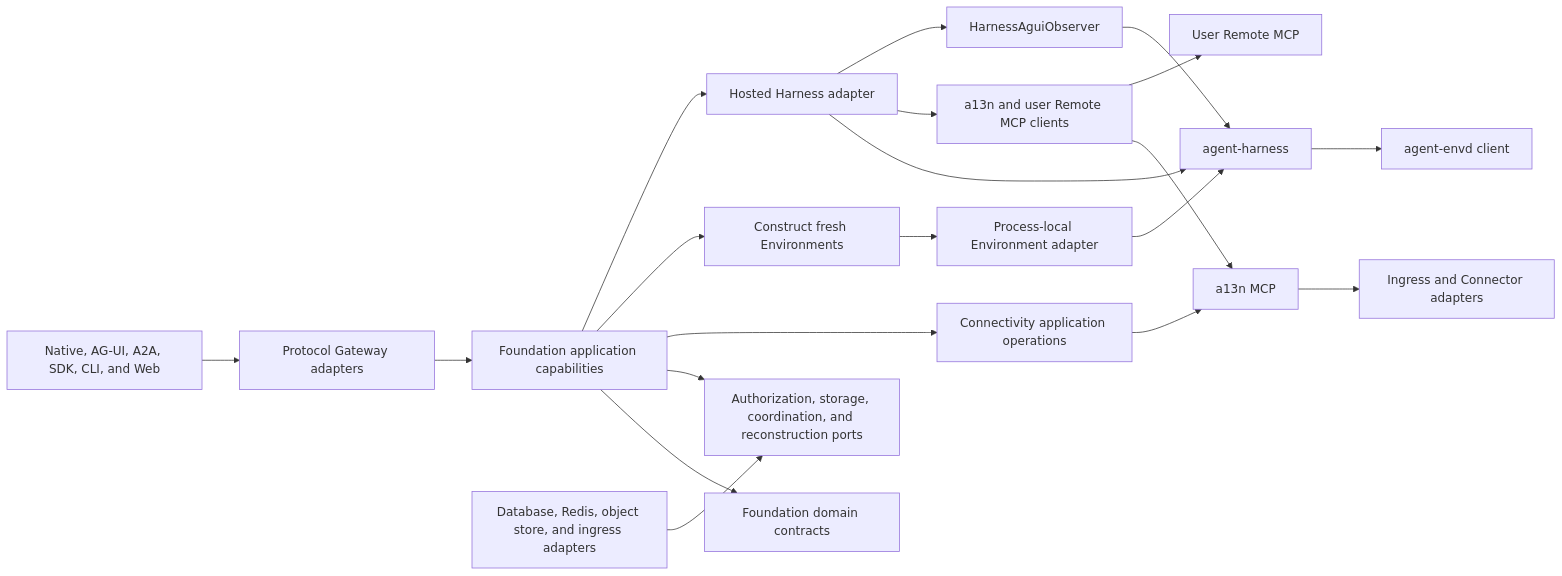
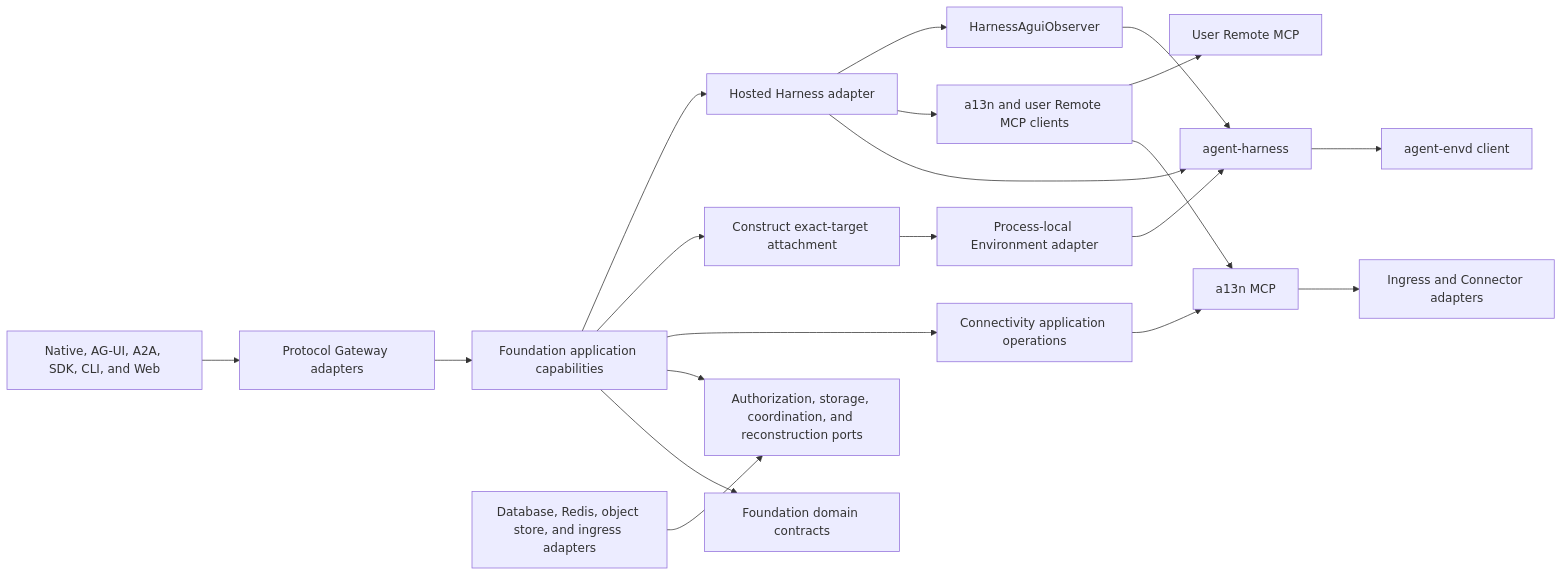
The fifth of 5 diagrams in spec/foundation-service/00-overview.md (converge-ai-labs/agent-foundation), drawn with Mermaid before and after one commit. The commit also changed other lines of this file and 21 other files, not shown here.

Commit message:
Refine agent foundation architecture and documentation

````diff
--- a/spec/foundation-service/00-overview.md
+++ b/spec/foundation-service/00-overview.md
@@ -257,22 +280,22 @@
 ```mermaid
 flowchart LR
     Surfaces[Native, AG-UI, A2A, SDK, CLI, and Web] --> Gateway[Protocol Gateway adapters]
     Gateway --> Applications[Foundation application capabilities]
     Applications --> Domain[Foundation domain contracts]
     Applications --> Ports[Authorization, storage, coordination, and reconstruction ports]
     Adapters[Database, Redis, object store, and ingress adapters] --> Ports
     Applications --> Connectivity[Connectivity application operations]
-    Applications --> EnvProvider[Construct fresh Environments]
+    Applications --> EnvProvider[Construct exact-target attachment]
     Applications --> HostedHarness[Hosted Harness adapter]
     HostedHarness --> Harness[agent-harness]
     HostedHarness --> MCPClients[a13n and user Remote MCP clients]
     MCPClients --> A13nMCP[a13n MCP]
     MCPClients --> UserMCP[User Remote MCP]
     Connectivity --> A13nMCP
     A13nMCP --> ConnectivityAdapters[Ingress and Connector adapters]
     EnvProvider --> EnvironmentAdapter[Process-local Environment adapter]
     EnvironmentAdapter --> Harness
     HostedHarness --> Observer[HarnessAguiObserver]
     Observer --> Harness
     Harness --> EnvdClient[agent-envd client]
 ```
````
